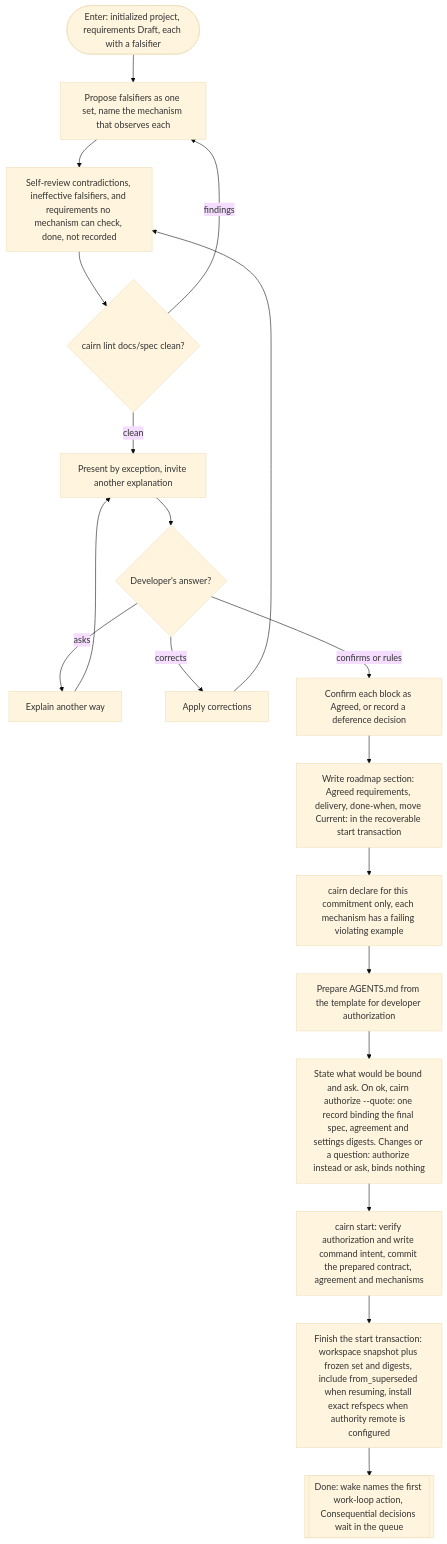
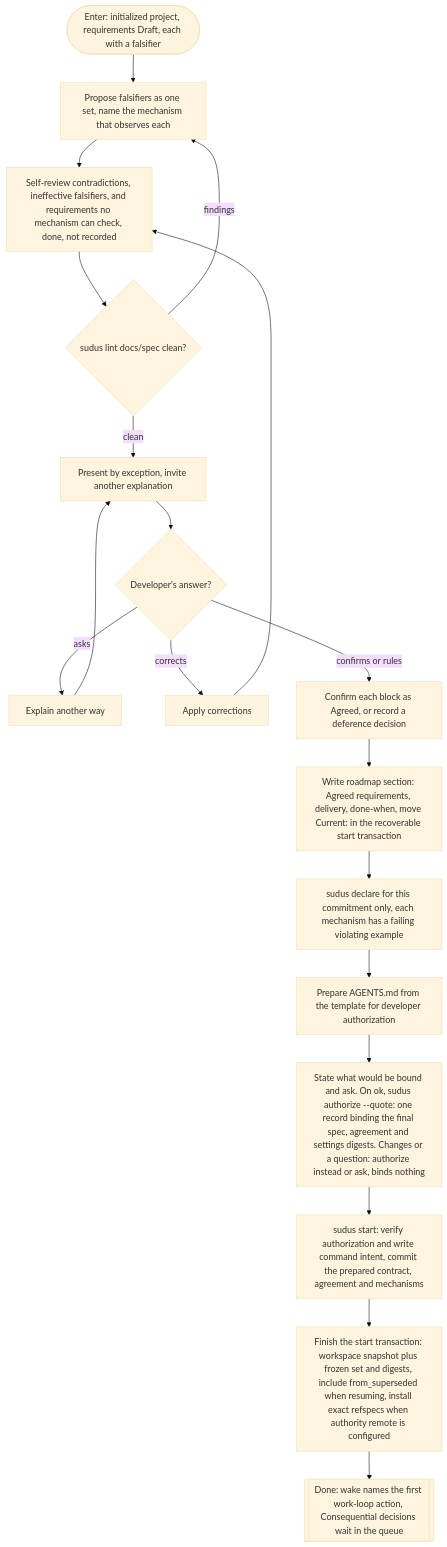
One commit to eas4ai/cairn changed the third of 6 diagrams in docs/manual.md. Above: the diagram before and after it, drawn with Mermaid (base theme). The commit also changed other lines of this file and 103 other files, not shown here.

First line of the commit message:
Rename Cairn to Sudus across the command, plugins, skills, spec, docs and tests

````diff
--- a/docs/manual.md
+++ b/docs/manual.md
@@ -266,38 +266,38 @@
 ```mermaid
 flowchart TB
   start(["Enter: initialized project, requirements Draft, each with a falsifier"])
   falsifiers["Propose falsifiers as one set, name the mechanism that observes each"]
   review["Self-review contradictions, ineffective falsifiers, and requirements no mechanism can check, done, not recorded"]
-  lint{"cairn lint docs/spec clean?"}
+  lint{"sudus lint docs/spec clean?"}
   present["Present by exception, invite another explanation"]
   outcome{"Developer's answer?"}
   explain["Explain another way"]
   correct["Apply corrections"]
   agreed["Confirm each block as Agreed, or record a deference decision"]
   commitment["Write roadmap section: Agreed requirements, delivery, done-when, move Current: in the recoverable start transaction"]
-  declare["cairn declare for this commitment only, each mechanism has a failing violating example"]
+  declare["sudus declare for this commitment only, each mechanism has a failing violating example"]
   agreement["Prepare AGENTS.md from the template for developer authorization"]
-  authorize["State what would be bound and ask. On ok, cairn authorize --quote: one record binding the final spec, agreement and settings digests. Changes or a question: authorize instead or ask, binds nothing"]
-  startintent["cairn start: verify authorization and write command intent, commit the prepared contract, agreement and mechanisms"]
+  authorize["State what would be bound and ask. On ok, sudus authorize --quote: one record binding the final spec, agreement and settings digests. Changes or a question: authorize instead or ask, binds nothing"]
+  startintent["sudus start: verify authorization and write command intent, commit the prepared contract, agreement and mechanisms"]
   startrec["Finish the start transaction: workspace snapshot plus frozen set and digests, include from_superseded when resuming, install exact refspecs when authority remote is configured"]
   done[["Done: wake names the first work-loop action, Consequential decisions wait in the queue"]]
 
   start --> falsifiers
   falsifiers --> review
   review --> lint
   lint -->|"findings"| falsifiers
   lint -->|"clean"| present
   present --> outcome
   outcome -->|"asks"| explain
   explain --> present
   outcome -->|"corrects"| correct
   correct --> review
   outcome -->|"confirms or rules"| agreed
   agreed --> commitment
   commitment --> declare
   declare --> agreement
   agreement --> authorize
   authorize --> startintent
   startintent --> startrec
   startrec --> done
 ```
````
